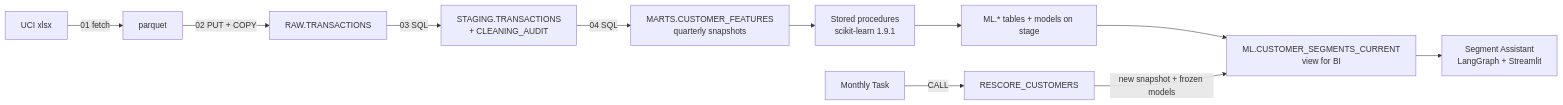
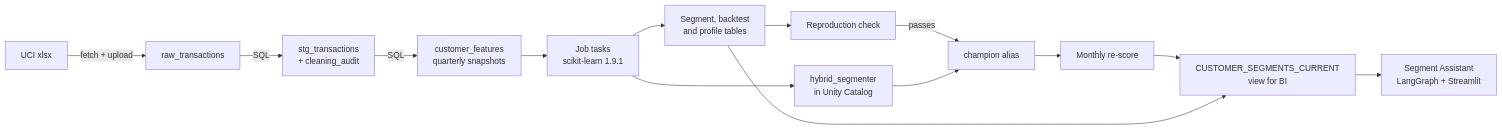
The diagram in README.md (livingdw67/snowpark-customer-segmentation), drawn with Mermaid before and after one commit. The commit also changed other lines of this file and 17 other files, not shown here.

````diff
--- a/README.md
+++ b/README.md
@@ -99,13 +99,16 @@
 ```mermaid
 flowchart LR
-    X[UCI xlsx] -->|01 fetch| P[parquet]
-    P -->|02 PUT + COPY| RAW[RAW.TRANSACTIONS]
-    RAW -->|03 SQL| STG[STAGING.TRANSACTIONS<br/>+ CLEANING_AUDIT]
-    STG -->|04 SQL| F[MARTS.CUSTOMER_FEATURES<br/>quarterly snapshots]
-    F --> SP[Stored procedures<br/>scikit-learn 1.9.1]
-    SP --> ML[ML.* tables + models on stage]
-    ML --> V[ML.CUSTOMER_SEGMENTS_CURRENT<br/>view for BI]
-    T[Monthly Task] -->|CALL| R[RESCORE_CUSTOMERS]
-    R -->|new snapshot + frozen models| V
-    V --> C[Segment Assistant<br/>LangGraph + Streamlit]
+    X[UCI xlsx] -->|fetch + upload| RAW[raw_transactions]
+    RAW -->|SQL| STG[stg_transactions<br/>+ cleaning_audit]
+    STG -->|SQL| F[customer_features<br/>quarterly snapshots]
+    F --> J[Job tasks<br/>scikit-learn 1.9.1]
+    J --> T[Segment, backtest<br/>and profile tables]
+    J --> M[hybrid_segmenter<br/>in Unity Catalog]
+    T --> G[Reproduction check]
+    G -->|passes| CH[champion alias]
+    M --> CH
+    CH --> R[Monthly re-score]
+    R --> V[CUSTOMER_SEGMENTS_CURRENT<br/>view for BI]
+    T --> V
+    V --> A[Segment Assistant<br/>LangGraph + Streamlit]
 ```
````
